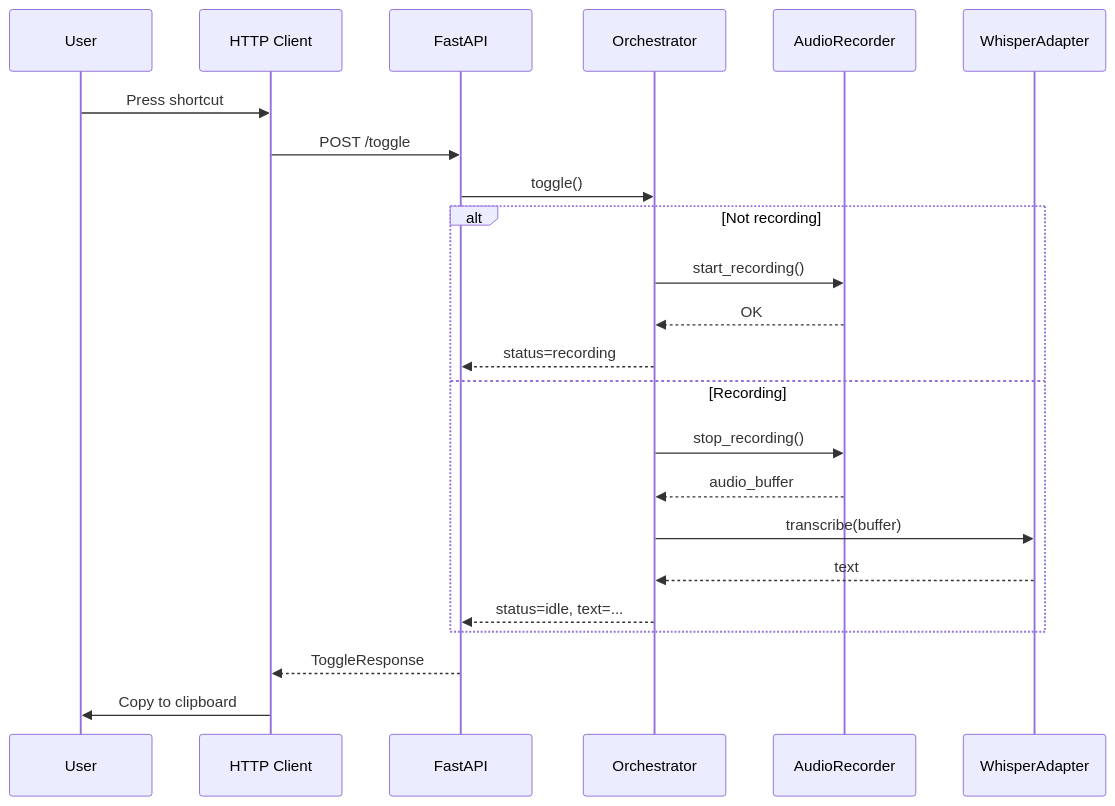
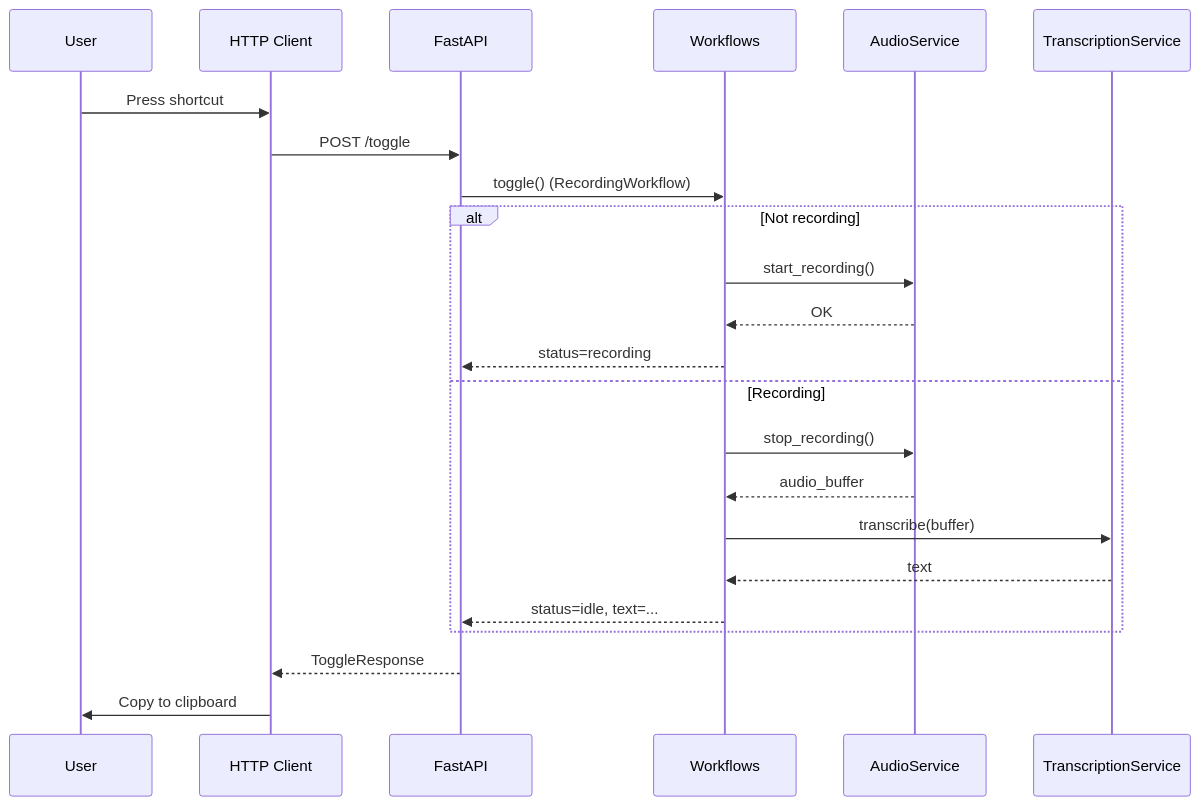
Before and after one commit to zarvent/v2m-lab: the second of 2 diagrams in docs/docs/en/architecture.md, drawn with Mermaid. The commit also changed other lines of this file and 42 other files, not shown here.

````diff
--- a/docs/docs/en/architecture.md
+++ b/docs/docs/en/architecture.md
@@ -141,28 +148,28 @@
 ```mermaid
 sequenceDiagram
     participant User
     participant Client as HTTP Client
     participant API as FastAPI
-    participant Orch as Orchestrator
-    participant Audio as AudioRecorder
-    participant Whisper as WhisperAdapter
+    participant WF as Workflows
+    participant Audio as AudioService
+    participant Whisper as TranscriptionService
 
     User->>Client: Press shortcut
     Client->>API: POST /toggle
-    API->>Orch: toggle()
+    API->>WF: toggle() (RecordingWorkflow)
 
     alt Not recording
-        Orch->>Audio: start_recording()
-        Audio-->>Orch: OK
-        Orch-->>API: status=recording
+        WF->>Audio: start_recording()
+        Audio-->>WF: OK
+        WF-->>API: status=recording
     else Recording
-        Orch->>Audio: stop_recording()
-        Audio-->>Orch: audio_buffer
-        Orch->>Whisper: transcribe(buffer)
-        Whisper-->>Orch: text
-        Orch-->>API: status=idle, text=...
+        WF->>Audio: stop_recording()
+        Audio-->>WF: audio_buffer
+        WF->>Whisper: transcribe(buffer)
+        Whisper-->>WF: text
+        WF-->>API: status=idle, text=...
     end
 
     API-->>Client: ToggleResponse
     Client->>User: Copy to clipboard
 ```
````
